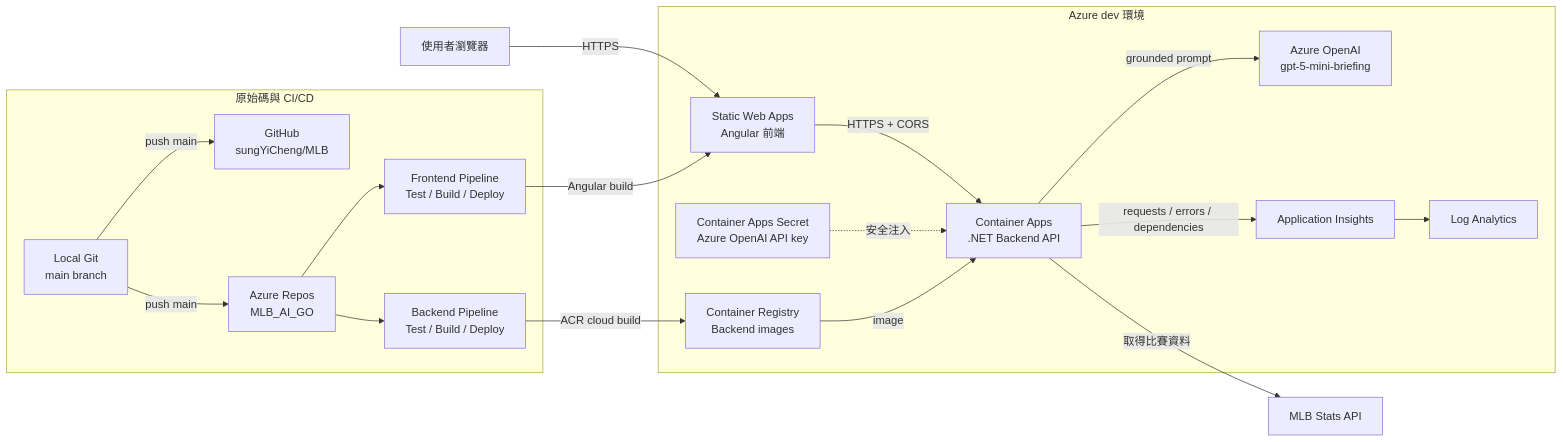
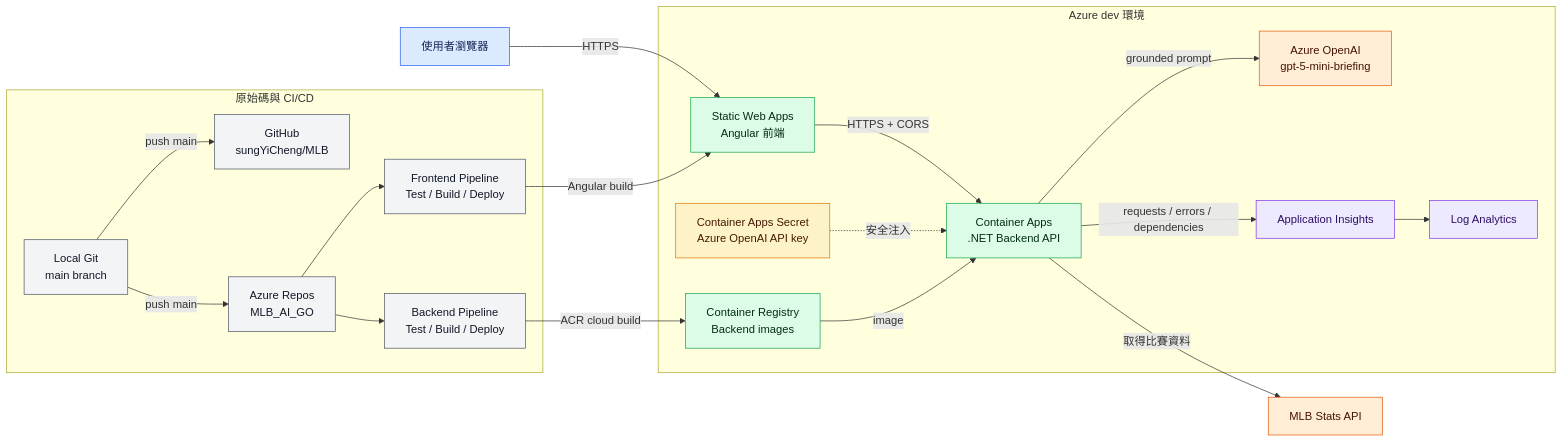
Before and after one commit to sungYiCheng/MLB: the first of 5 diagrams in docs/current-architecture.md, drawn with Mermaid. The commit also changed other lines of this file and 1 other file, not shown here.

Commit message:
Polish architecture diagrams and explanations

````diff
--- a/docs/current-architecture.md
+++ b/docs/current-architecture.md
@@ -7,40 +7,54 @@
 ```mermaid
 flowchart LR
     User[使用者瀏覽器]
 
     subgraph Source[原始碼與 CI/CD]
         LocalGit[Local Git<br/>main branch]
         GitHub[GitHub<br/>sungYiCheng/MLB]
         AzureRepos[Azure Repos<br/>MLB_AI_GO]
         BackendPipeline[Backend Pipeline<br/>Test / Build / Deploy]
         FrontendPipeline[Frontend Pipeline<br/>Test / Build / Deploy]
     end
 
     subgraph AzureDev[Azure dev 環境]
         SWA[Static Web Apps<br/>Angular 前端]
         CA[Container Apps<br/>.NET Backend API]
         ACR[Container Registry<br/>Backend images]
         AOAI[Azure OpenAI<br/>gpt-5-mini-briefing]
         AppInsights[Application Insights]
         Logs[Log Analytics]
         Secret[Container Apps Secret<br/>Azure OpenAI API key]
     end
 
     MLB[MLB Stats API]
 
     User -->|HTTPS| SWA
     SWA -->|HTTPS + CORS| CA
     CA -->|取得比賽資料| MLB
     CA -->|grounded prompt| AOAI
     Secret -.安全注入.-> CA
     CA -->|requests / errors / dependencies| AppInsights
     AppInsights --> Logs
 
     LocalGit -->|push main| GitHub
     LocalGit -->|push main| AzureRepos
     AzureRepos --> BackendPipeline
     AzureRepos --> FrontendPipeline
     BackendPipeline -->|ACR cloud build| ACR
     ACR -->|image| CA
     FrontendPipeline -->|Angular build| SWA
+
+    classDef person fill:#dbeafe,stroke:#2563eb,color:#172554
+    classDef source fill:#f3f4f6,stroke:#4b5563,color:#111827
+    classDef compute fill:#dcfce7,stroke:#16a34a,color:#052e16
+    classDef data fill:#ffedd5,stroke:#ea580c,color:#431407
+    classDef observe fill:#ede9fe,stroke:#7c3aed,color:#2e1065
+    classDef secret fill:#fef3c7,stroke:#d97706,color:#451a03
+
+    class User person
+    class LocalGit,GitHub,AzureRepos,BackendPipeline,FrontendPipeline source
+    class SWA,CA,ACR compute
+    class MLB,AOAI data
+    class AppInsights,Logs observe
+    class Secret secret
 ```
````
